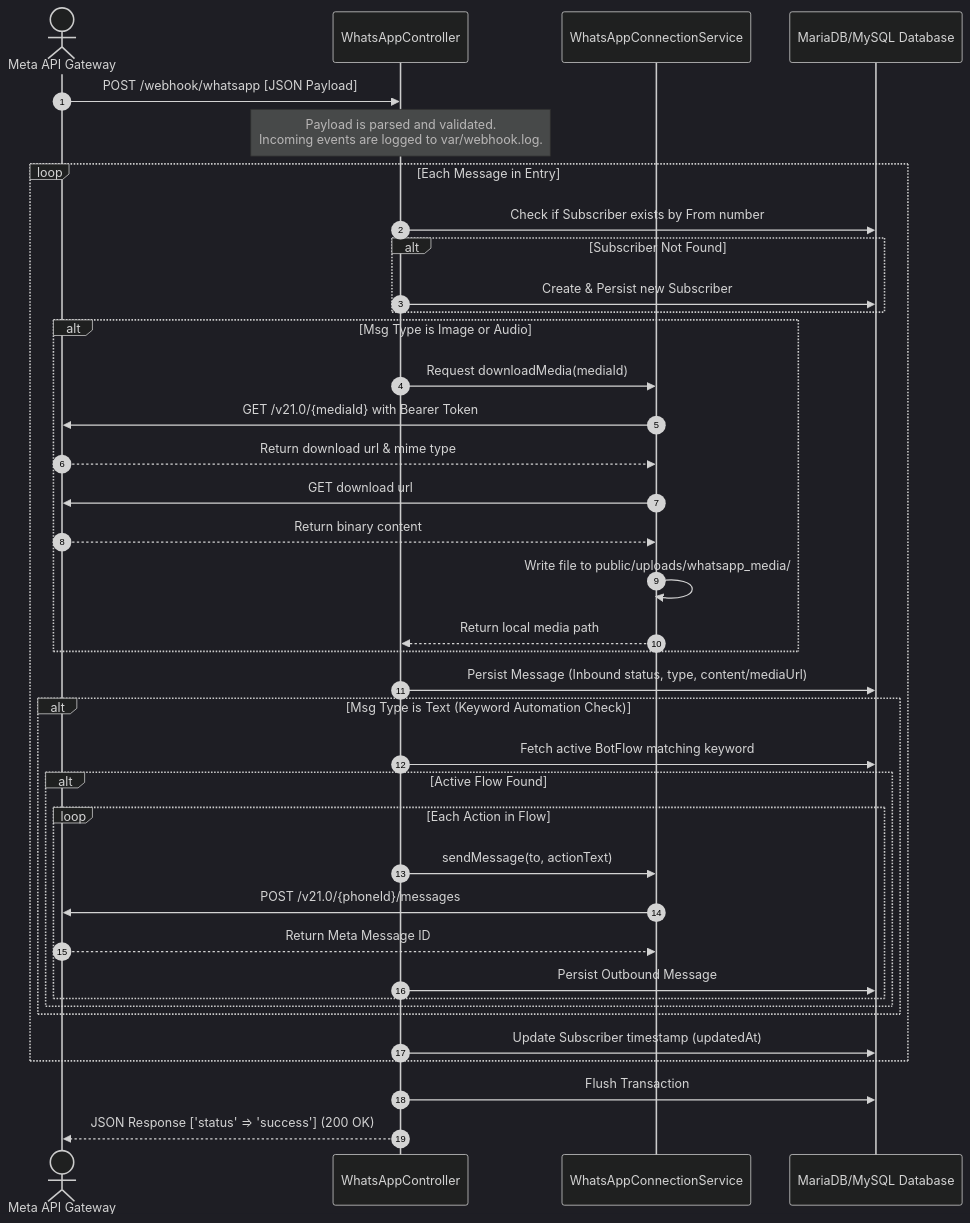
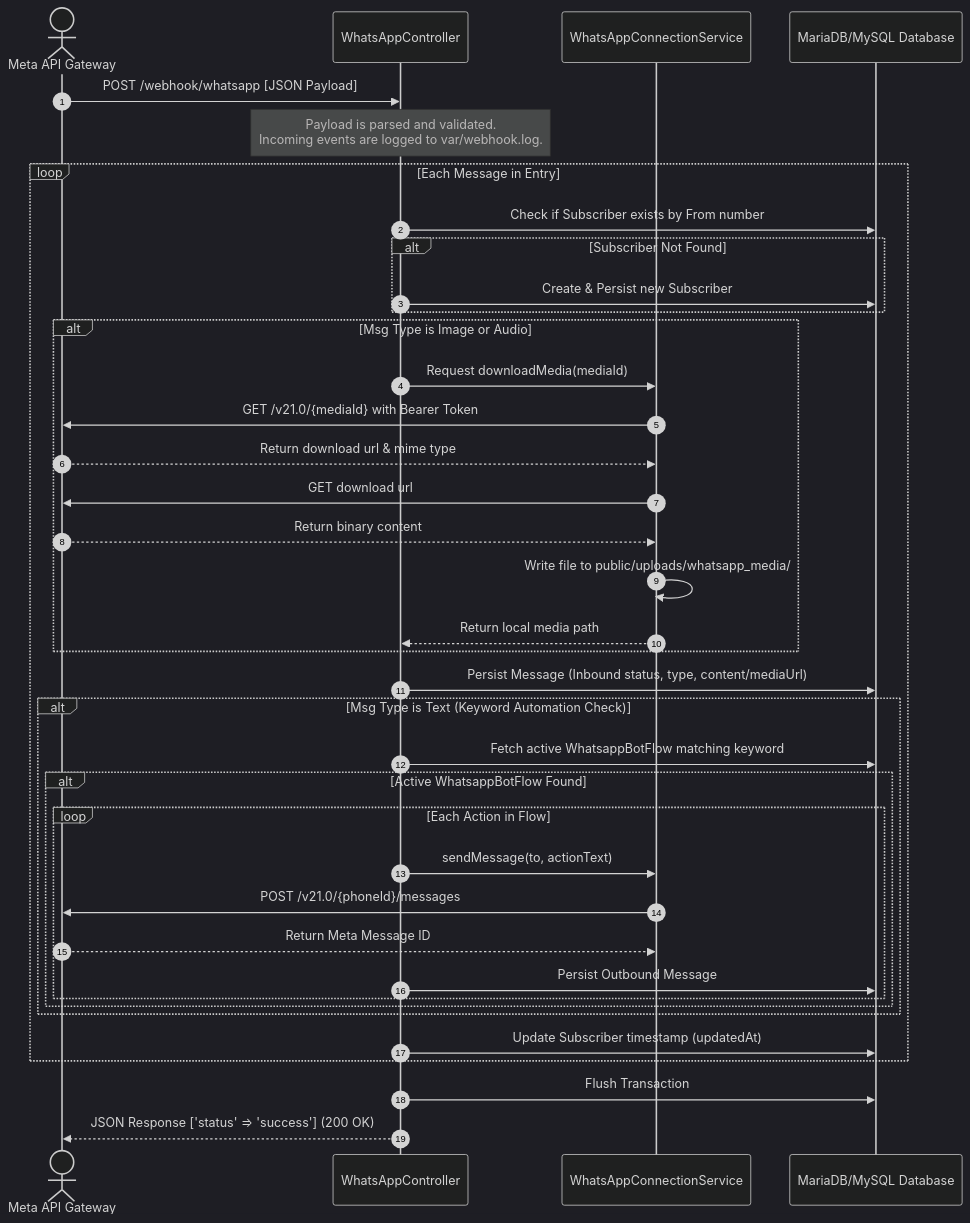
The second of 2 diagrams in context.md (BloodCorrupt/OpenSquadron), drawn with Mermaid (dark theme) before and after one commit. The commit also changed other lines of this file and 3 other files, not shown here.

````diff
--- a/context.md
+++ b/context.md
@@ -171,43 +284,43 @@
 ```mermaid
 sequenceDiagram
     autonumber
     actor Meta as Meta API Gateway
     participant WC as WhatsAppController
     participant WCS as WhatsAppConnectionService
     participant DB as MariaDB/MySQL Database
 
     Meta->>WC: POST /webhook/whatsapp [JSON Payload]
     Note over WC: Payload is parsed and validated.<br/>Incoming events are logged to var/webhook.log.
     loop Each Message in Entry
         WC->>DB: Check if Subscriber exists by From number
         alt Subscriber Not Found
             WC->>DB: Create & Persist new Subscriber
         end
         alt Msg Type is Image or Audio
             WC->>WCS: Request downloadMedia(mediaId)
             WCS->>Meta: GET /v21.0/{mediaId} with Bearer Token
             Meta-->>WCS: Return download url & mime type
             WCS->>Meta: GET download url
             Meta-->>WCS: Return binary content
             WCS->>WCS: Write file to public/uploads/whatsapp_media/
             WCS-->>WC: Return local media path
         end
         WC->>DB: Persist Message (Inbound status, type, content/mediaUrl)
         
         alt Msg Type is Text (Keyword Automation Check)
-            WC->>DB: Fetch active BotFlow matching keyword
-            alt Active Flow Found
+            WC->>DB: Fetch active WhatsappBotFlow matching keyword
+            alt Active WhatsappBotFlow Found
                 loop Each Action in Flow
                     WC->>WCS: sendMessage(to, actionText)
                     WCS->>Meta: POST /v21.0/{phoneId}/messages
                     Meta-->>WCS: Return Meta Message ID
                     WC->>DB: Persist Outbound Message
                 end
             end
         end
         
         WC->>DB: Update Subscriber timestamp (updatedAt)
     end
     WC->>DB: Flush Transaction
     WC-->>Meta: JSON Response ['status' => 'success'] (200 OK)
 ```
````
